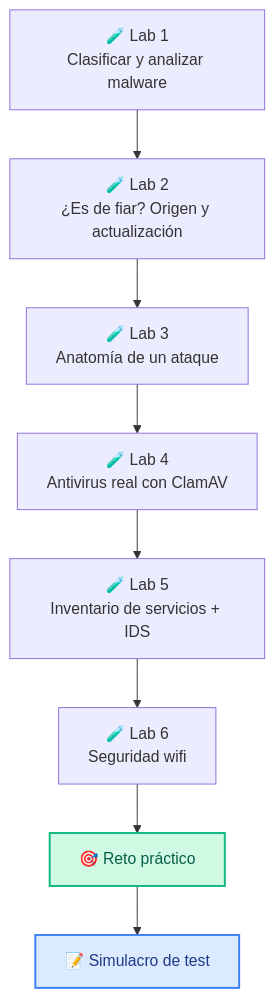
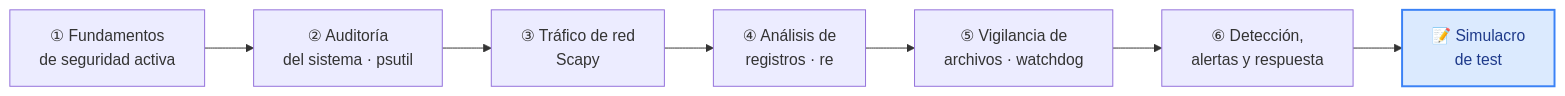
The first of 2 diagrams in docs/ud2/index.md (algalmo/cybersec2627), drawn with Mermaid before and after one commit. The commit also changed other lines of this file and 1 other file, not shown here.

````diff
--- a/docs/ud2/index.md
+++ b/docs/ud2/index.md
@@ -14,12 +17,10 @@
 ```mermaid
-flowchart TB
-    L1["🧪 Lab 1<br/>Clasificar y analizar malware"] --> L2["🧪 Lab 2<br/>¿Es de fiar? Origen y actualización"]
-    L2 --> L3["🧪 Lab 3<br/>Anatomía de un ataque"]
-    L3 --> L4["🧪 Lab 4<br/>Antivirus real con ClamAV"]
-    L4 --> L5["🧪 Lab 5<br/>Inventario de servicios + IDS"]
-    L5 --> L6["🧪 Lab 6<br/>Seguridad wifi"]
-    L6 --> R["🎯 Reto práctico"]
-    R --> T["📝 Simulacro de test"]
-    style R fill:#d1fae5,color:#065f46,stroke:#10b981,stroke-width:2px
+flowchart LR
+    B1["① Fundamentos<br/>de seguridad activa"] --> B2["② Auditoría<br/>del sistema · psutil"]
+    B2 --> B3["③ Tráfico de red<br/>Scapy"]
+    B3 --> B4["④ Análisis de<br/>registros · re"]
+    B4 --> B5["⑤ Vigilancia de<br/>archivos · watchdog"]
+    B5 --> B6["⑥ Detección,<br/>alertas y respuesta"]
+    B6 --> T["📝 Simulacro<br/>de test"]
     style T fill:#dbeafe,color:#1e3a8a,stroke:#3b82f6,stroke-width:2px
 ```
````
